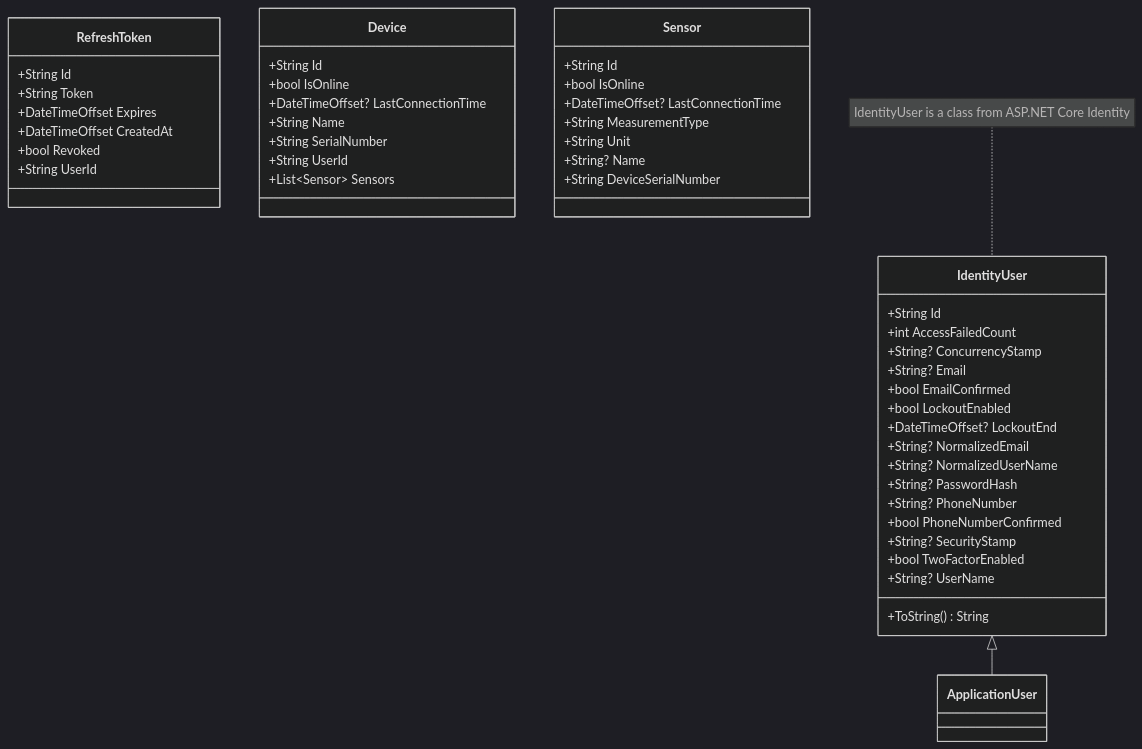
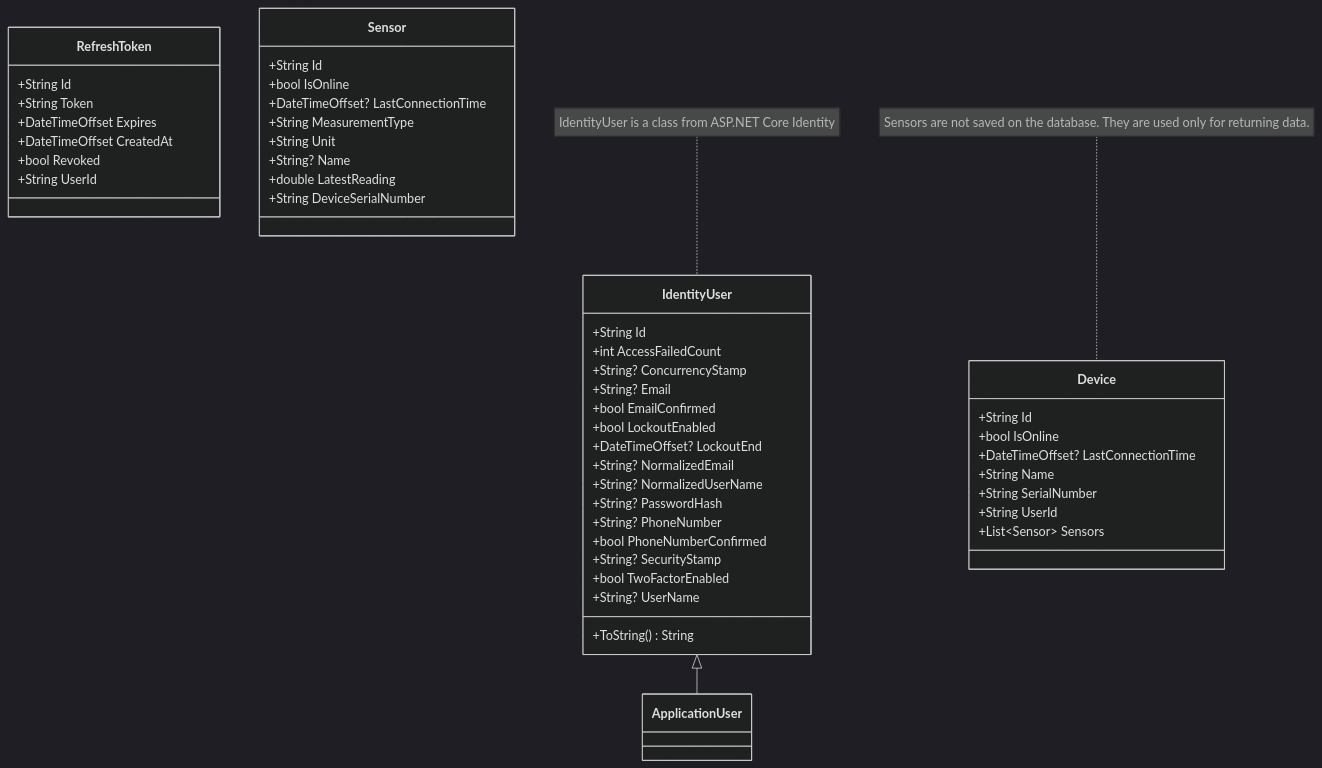
One commit to paavkar/IoTDeviceManager changed the first of 3 diagrams in README.md. Above: the diagram before and after it, drawn with Mermaid (dark theme). The commit also changed other lines of this file, not shown here.

Commit message:
update README with usage, and possible alternative data storage solution

````diff
--- a/README.md
+++ b/README.md
@@ -52,59 +54,62 @@
 ```mermaid
 classDiagram
 IdentityUser <|-- ApplicationUser
 
 note for IdentityUser "IdentityUser is a class from ASP.NET Core Identity"
 
 class IdentityUser {
     +String Id
     +int AccessFailedCount
     +String? ConcurrencyStamp
     +String? Email
     +bool EmailConfirmed
     +bool LockoutEnabled
     +DateTimeOffset? LockoutEnd
     +String? NormalizedEmail
     +String? NormalizedUserName
     +String? PasswordHash
     +String? PhoneNumber
     +bool PhoneNumberConfirmed
     +String? SecurityStamp
     +bool TwoFactorEnabled
     +String? UserName
 
     +ToString() String
 }
 
 class ApplicationUser
 
 class RefreshToken {
     +String Id
     +String Token
     +DateTimeOffset Expires
     +DateTimeOffset CreatedAt
     +bool Revoked
     +String UserId
 }
 
 class Device {
     +String Id
     +bool IsOnline
     +DateTimeOffset? LastConnectionTime
     +String Name
     +String SerialNumber
     +String UserId
 
     +List~Sensor~ Sensors
 }
 
+note for Device "Sensors are not saved on the database. They are used only for returning data."
+
 class Sensor {
     +String Id
     +bool IsOnline
     +DateTimeOffset? LastConnectionTime
     +String MeasurementType
     +String Unit
     +String? Name
+    +double LatestReading
 
     +String DeviceSerialNumber
 }
 ```
````
